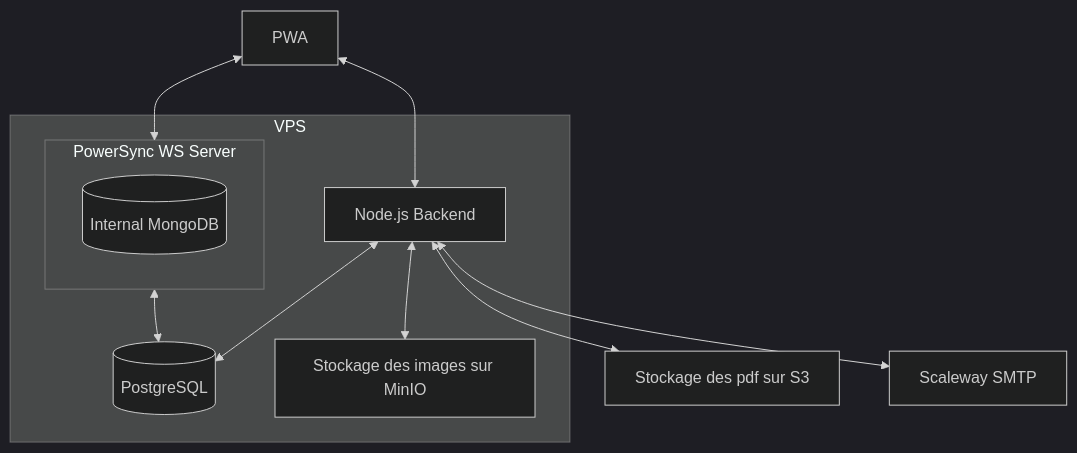
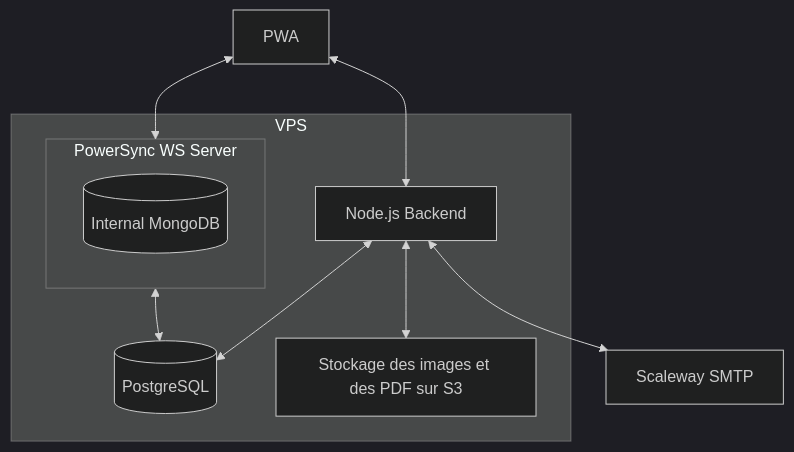
The first of 2 diagrams in repos/betagouv/patrinotes/README.md (betagouv/gitscan), drawn with Mermaid (dark theme) before and after one commit. The commit also changed other lines of this file and 4 other files, not shown here.

````diff
--- a/repos/betagouv/patrinotes/README.md
+++ b/repos/betagouv/patrinotes/README.md
@@ -25,18 +25,17 @@
 ```mermaid
 graph TD
     subgraph VPS
         Backend[Node.js Backend] <--> DB[(PostgreSQL)]
-        Backend <--> MinIO[Stockage des images sur MinIO]
+        Backend <--> S3[Stockage des images et des PDF sur S3]
         PowerSync <--> DB
 
         subgraph PowerSync[PowerSync WS Server]
             MongoDB[(Internal MongoDB)]
         end
     end
 
-    Backend <--> S3[Stockage des pdf sur S3]
     Backend <--> SMTP[Scaleway SMTP]
 
     Frontend[PWA] <--> Backend
     Frontend <--> PowerSync
 ```
````
